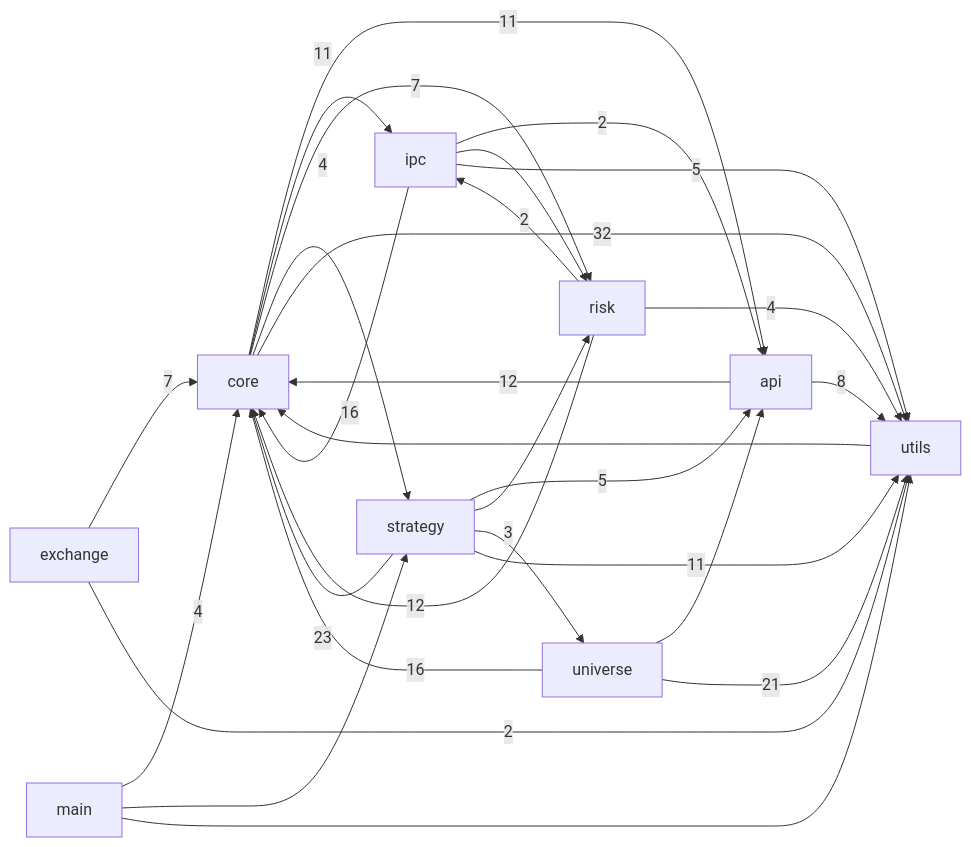
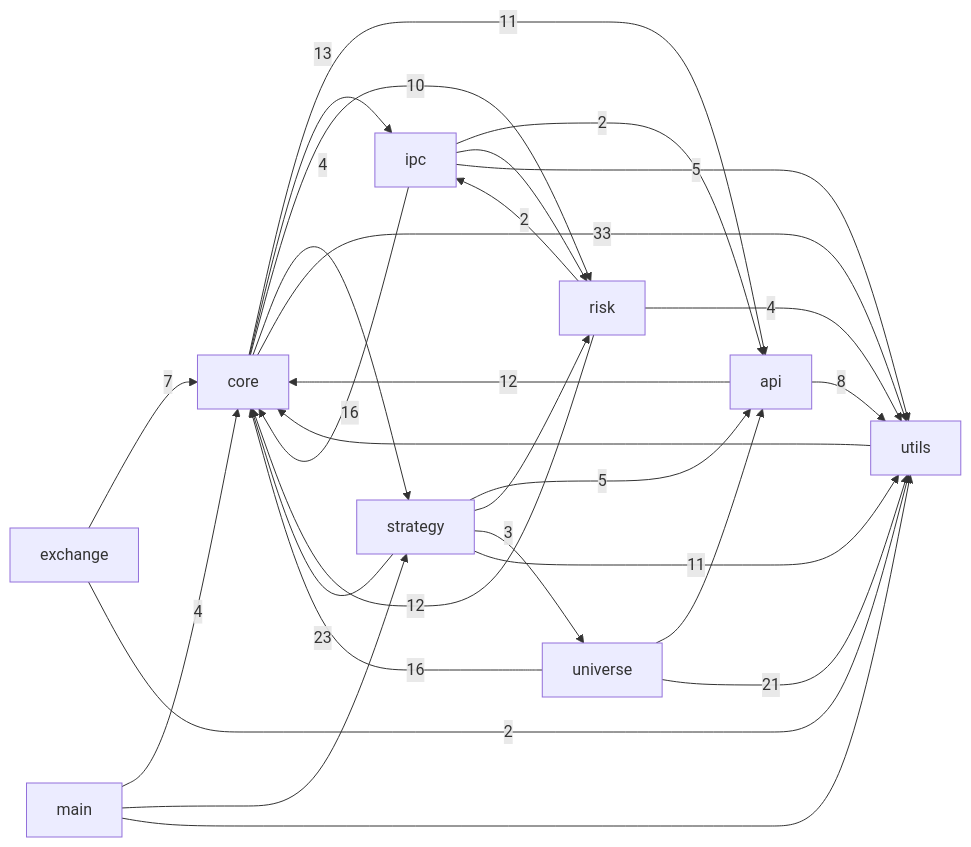
One commit to pypy8171/Quant changed the first of 3 diagrams in docs/CODE_GRAPH.md. Above: the diagram before and after it, drawn with Mermaid. The commit also changed other lines of this file and 20 other files, not shown here.

````diff
--- a/docs/CODE_GRAPH.md
+++ b/docs/CODE_GRAPH.md
@@ -10,40 +10,40 @@
 ```mermaid
 graph LR
   main[main]
   core[core]
   strategy[strategy]
   api[api]
   universe[universe]
   risk[risk]
   ipc[ipc]
   utils[utils]
   exchange[exchange]
   api -->|12| core
   api -->|8| utils
   core -->|11| api
-  core -->|11| ipc
-  core -->|7| risk
+  core -->|13| ipc
+  core -->|10| risk
   core -->|4| strategy
-  core -->|32| utils
+  core -->|33| utils
   exchange -->|7| core
   exchange -->|2| utils
   ipc -->|2| api
   ipc -->|16| core
   ipc --> risk
   ipc -->|5| utils
   main -->|4| core
   main --> strategy
   main --> utils
   risk -->|12| core
   risk -->|2| ipc
   risk -->|4| utils
   strategy -->|5| api
   strategy -->|23| core
   strategy --> risk
   strategy -->|3| universe
   strategy -->|11| utils
   universe --> api
   universe -->|16| core
   universe -->|21| utils
   utils --> core
 ```
````
